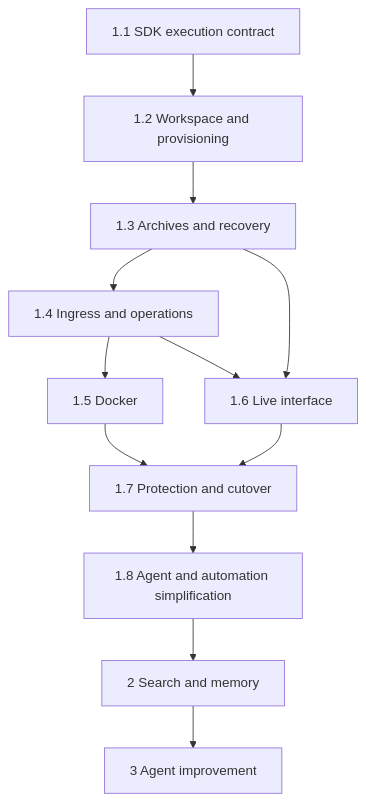
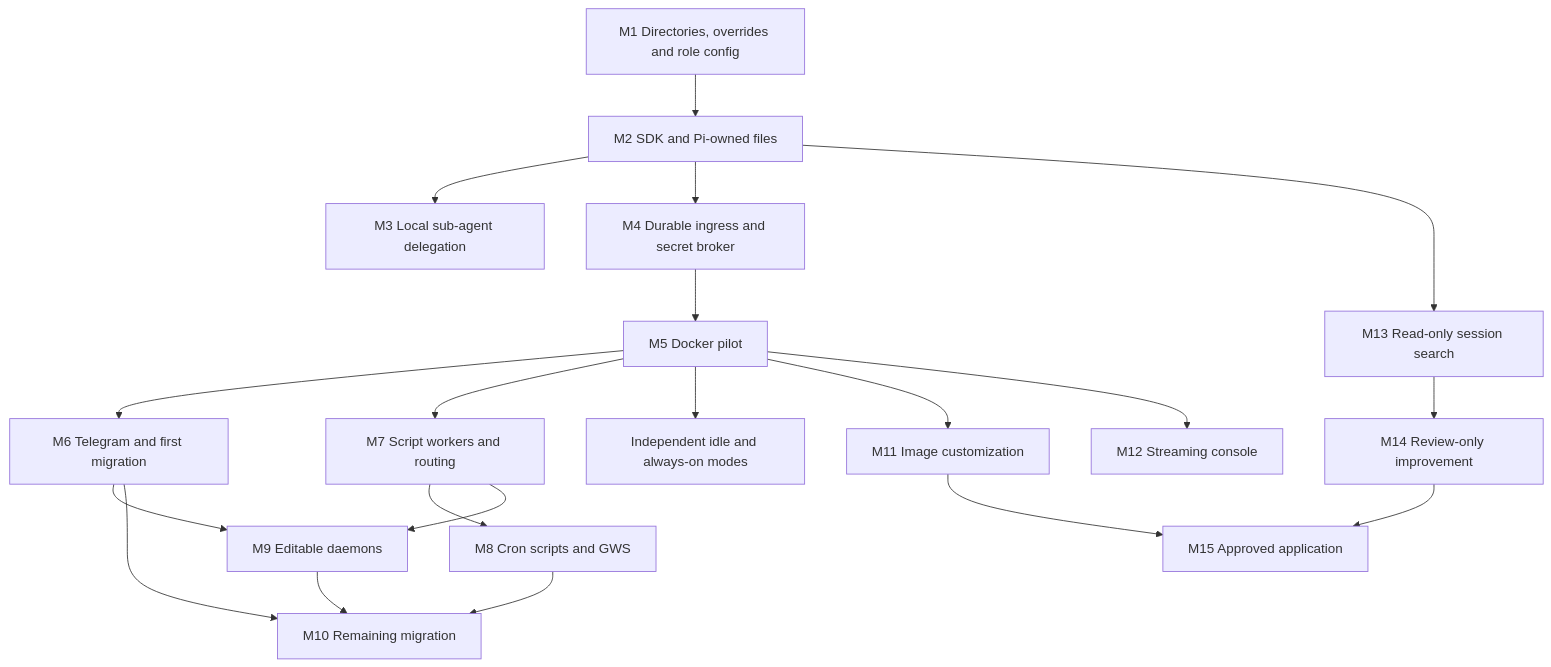
The diagram in docs/roadmap.md (cognisphere-sh/cognisphere-harness), drawn with Mermaid before and after one commit. The commit also changed other lines of this file and 19 other files, not shown here.

First line of the commit message:
Update core implementation roadmap with revised delivery order and agent configuration details

````diff
--- a/docs/roadmap.md
+++ b/docs/roadmap.md
@@ -17,14 +23,22 @@
 ```mermaid
 flowchart TB
-    A[1.1 SDK execution contract] --> B[1.2 Workspace and provisioning]
-    B --> C[1.3 Archives and recovery]
-    C --> D[1.4 Ingress and operations]
-    D --> E[1.5 Docker]
-    C --> F[1.6 Live interface]
-    D --> F
-    E --> G[1.7 Protection and cutover]
-    F --> G
-    G --> J[1.8 Agent and automation simplification]
-    J --> H[2 Search and memory]
-    H --> I[3 Agent improvement]
+    M1[M1 Directories, overrides and role config] --> M2[M2 SDK and Pi-owned files]
+    M2 --> M3[M3 Local sub-agent delegation]
+    M2 --> M4[M4 Durable ingress and secret broker]
+    M4 --> M5[M5 Docker pilot]
+    M5 --> M6[M6 Telegram and first migration]
+    M5 --> M7[M7 Script workers and routing]
+    M7 --> M8[M8 Cron scripts and GWS]
+    M7 --> M9[M9 Editable daemons]
+    M6 --> M9
+    M6 --> M10[M10 Remaining migration]
+    M8 --> M10
+    M9 --> M10
+    M5 --> Warm[Independent idle and always-on modes]
+    M5 --> M11[M11 Image customization]
+    M5 --> M12[M12 Streaming console]
+    M2 --> M13[M13 Read-only session search]
+    M13 --> M14[M14 Review-only improvement]
+    M14 --> M15[M15 Approved application]
+    M11 --> M15
 ```
````
